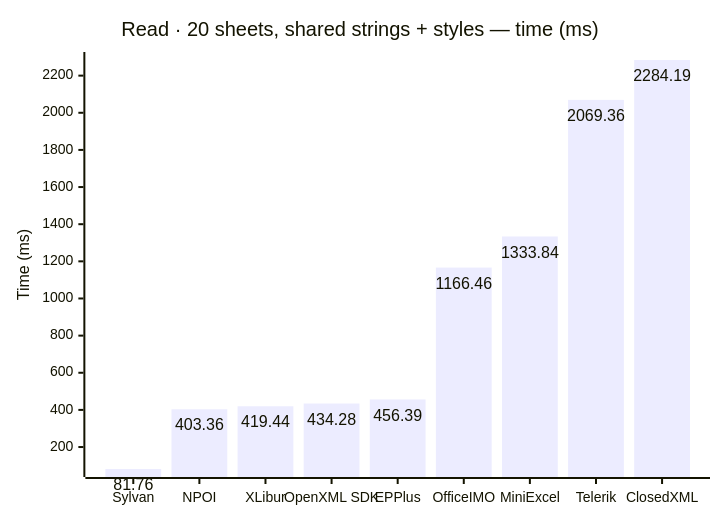
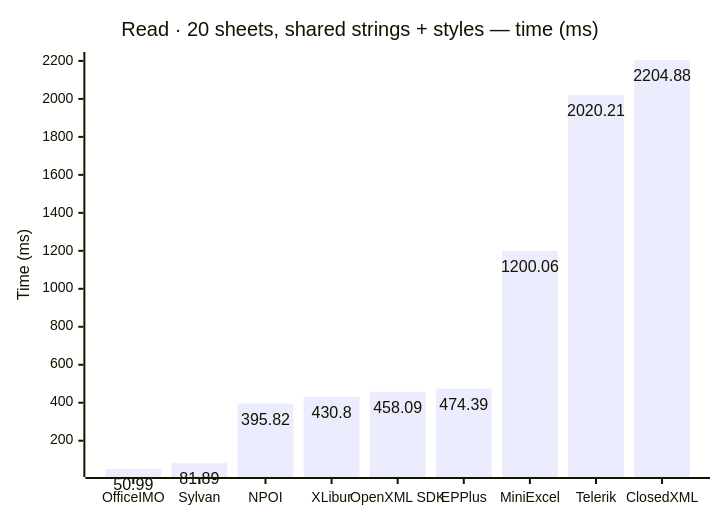
The fifth of 18 diagrams in docs/results.md (jafin/XLBench), drawn with Mermaid before and after one commit. The commit also changed other lines of this file and 2 other files, not shown here.

First line of the commit message:
Publish full-fidelity results for OfficeIMO 3.6.2, MiniExcel 2.0.0, XLibur 0.900.0, EPPlus 8.7.3 and Telerik 2026.4.1127

````diff
--- a/docs/results.md
+++ b/docs/results.md
@@ -94,12 +94,12 @@
 ```mermaid
 ---
 config:
   xyChart:
     showDataLabel: true
 ---
 xychart-beta
     title "Read · 20 sheets, shared strings + styles — time (ms)"
-    x-axis ["Sylvan", "NPOI", "XLibur", "OpenXML SDK", "EPPlus", "OfficeIMO", "MiniExcel", "Telerik", "ClosedXML"]
+    x-axis ["OfficeIMO", "Sylvan", "NPOI", "XLibur", "OpenXML SDK", "EPPlus", "MiniExcel", "Telerik", "ClosedXML"]
     y-axis "Time (ms)"
-    bar [81.76, 403.36, 419.44, 434.28, 456.39, 1166.46, 1333.84, 2069.36, 2284.19]
+    bar [50.99, 81.89, 395.82, 430.8, 458.09, 474.39, 1200.06, 2020.21, 2204.88]
 ```
````
